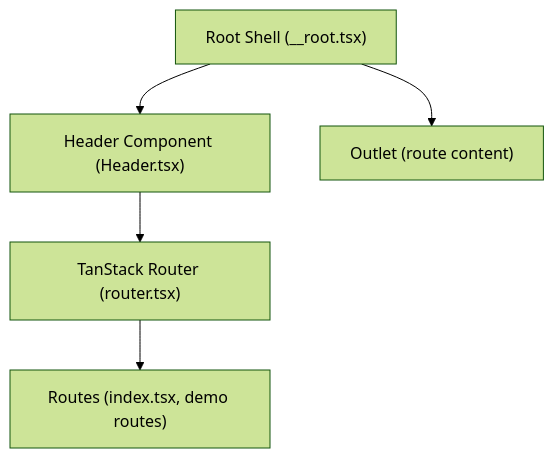
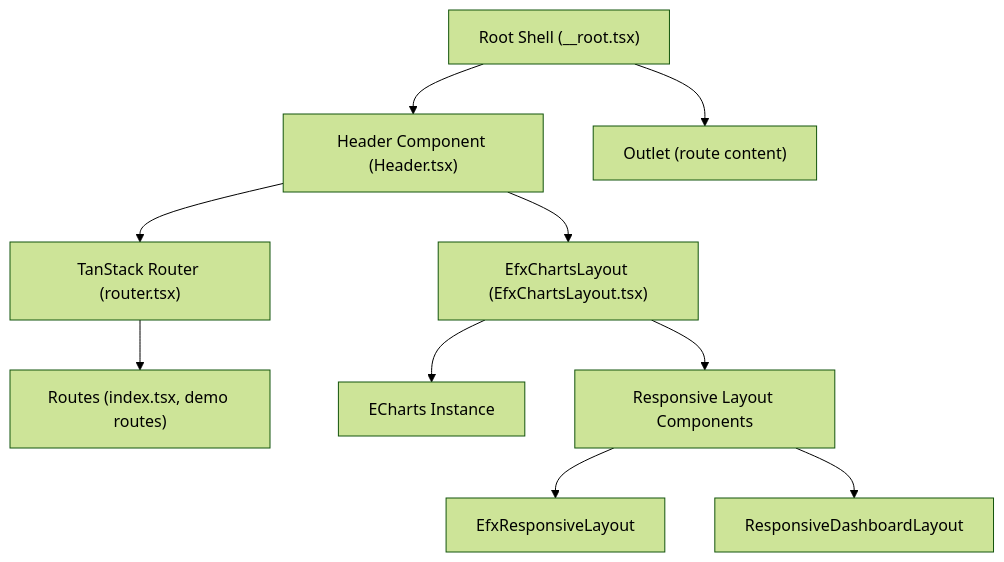
Before and after one commit to electroheadfx/efx-libs: the first of 7 diagrams in .qoder/repowiki/en/content/Core Concepts/Layout Management.md, drawn with Mermaid (forest theme). The commit also changed other lines of this file and 5 other files, not shown here.

First line of the commit message:
refactor(efx-charts): simplify deferred data handling and clean chart props

````diff
--- a/.qoder/repowiki/en/content/Core Concepts/Layout Management.md
+++ b/.qoder/repowiki/en/content/Core Concepts/Layout Management.md
@@ -30,7 +48,12 @@
 ```mermaid
 graph TB
 RootShell["Root Shell (__root.tsx)"] --> HeaderComp["Header Component (Header.tsx)"]
 RootShell --> Outlet["Outlet (route content)"]
 HeaderComp --> Router["TanStack Router (router.tsx)"]
 Router --> Routes["Routes (index.tsx, demo routes)"]
+HeaderComp --> EfxChartsLayout["EfxChartsLayout (EfxChartsLayout.tsx)"]
+EfxChartsLayout --> ECharts["ECharts Instance"]
+EfxChartsLayout --> ResponsiveLayout["Responsive Layout Components"]
+ResponsiveLayout --> EfxResponsiveLayout["EfxResponsiveLayout"]
+ResponsiveLayout --> ResponsiveDashboardLayout["ResponsiveDashboardLayout"]
 ```
````
